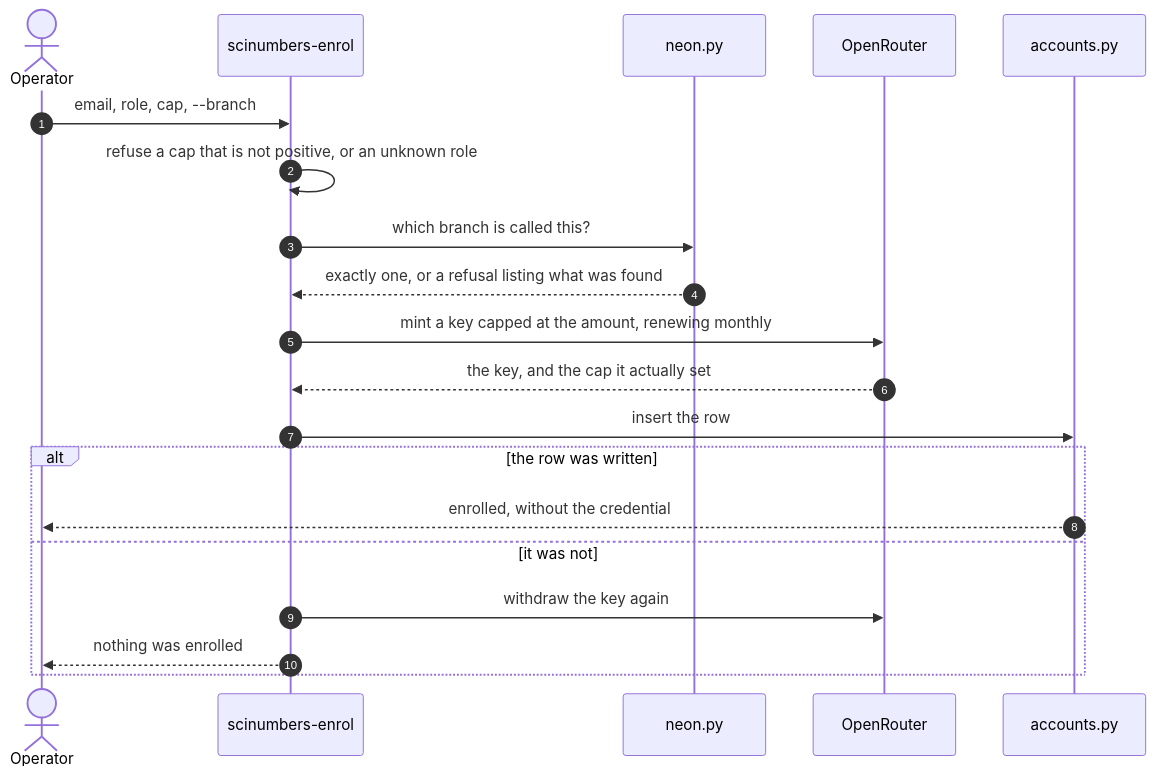
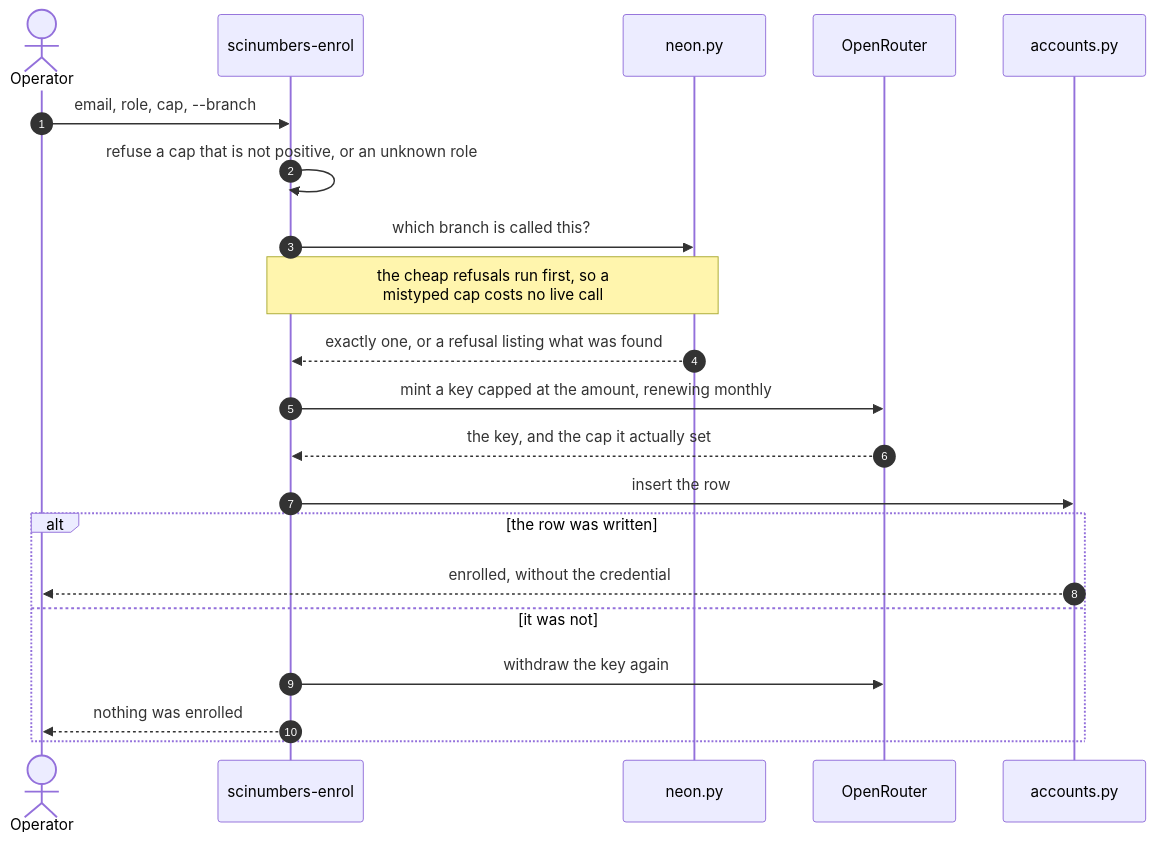
Before and after one commit to DukeOfErl/Numera: the fifth of 8 diagrams in docs/diagrams/architecture.md, drawn with Mermaid. The commit also changed other lines of this file and 8 other files, not shown here.

````diff
--- a/docs/diagrams/architecture.md
+++ b/docs/diagrams/architecture.md
@@ -189,22 +189,23 @@
 ```mermaid
 sequenceDiagram
     autonumber
     actor Operator
     participant Cmd as scinumbers-enrol
     participant Neon as neon.py
     participant OR as OpenRouter
     participant Accounts as accounts.py
     Operator->>Cmd: email, role, cap, --branch
     Cmd->>Cmd: refuse a cap that is not positive, or an unknown role
     Cmd->>Neon: which branch is called this?
+    Note over Cmd,Neon: the cheap refusals run first, so a<br/>mistyped cap costs no live call
     Neon-->>Cmd: exactly one, or a refusal listing what was found
     Cmd->>OR: mint a key capped at the amount, renewing monthly
     OR-->>Cmd: the key, and the cap it actually set
     Cmd->>Accounts: insert the row
     alt the row was written
         Accounts-->>Operator: enrolled, without the credential
     else it was not
         Cmd->>OR: withdraw the key again
         Cmd-->>Operator: nothing was enrolled
     end
 ```
````
